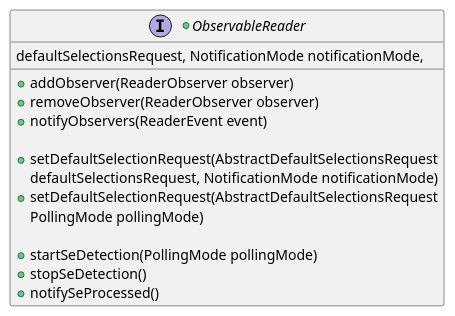
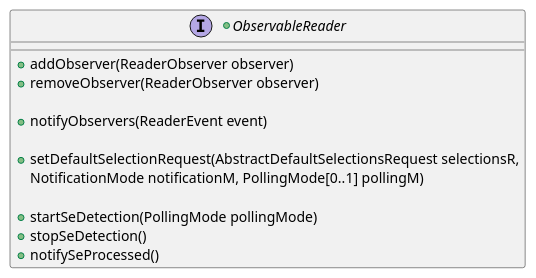
Before and after one commit to calypsonet/keyple: diagram 28 of 49 in src/KeypleCoreApi/ApplicationApi/puml/KeypleCore-ApplicationApi-ClassDiag-SE_Proxy-ClassElements.iuml, drawn with PlantUML. The commit also changed other lines of this file and 44 other files, not shown here.

```diff
--- a/src/KeypleCoreApi/ApplicationApi/puml/KeypleCore-ApplicationApi-ClassDiag-SE_Proxy-ClassElements.iuml
+++ b/src/KeypleCoreApi/ApplicationApi/puml/KeypleCore-ApplicationApi-ClassDiag-SE_Proxy-ClassElements.iuml
@@ -306,17 +306,15 @@
 @startuml(id=SEPROXY_OBSERVABLEREADER_0_8)
 +interface ObservableReader {
   +addObserver(ReaderObserver observer)
   +removeObserver(ReaderObserver observer)
+
   +notifyObservers(ReaderEvent event)
 
-  +setDefaultSelectionRequest(AbstractDefaultSelectionsRequest
-    defaultSelectionsRequest, NotificationMode notificationMode)
-  +setDefaultSelectionRequest(AbstractDefaultSelectionsRequest
-    defaultSelectionsRequest, NotificationMode notificationMode,
-    PollingMode pollingMode)
+  +setDefaultSelectionRequest(AbstractDefaultSelectionsRequest selectionsR,
+      NotificationMode notificationM, PollingMode[0..1] pollingM)
 
   +startSeDetection(PollingMode pollingMode)
   +stopSeDetection()
   +notifySeProcessed()
 }
 @enduml
```
